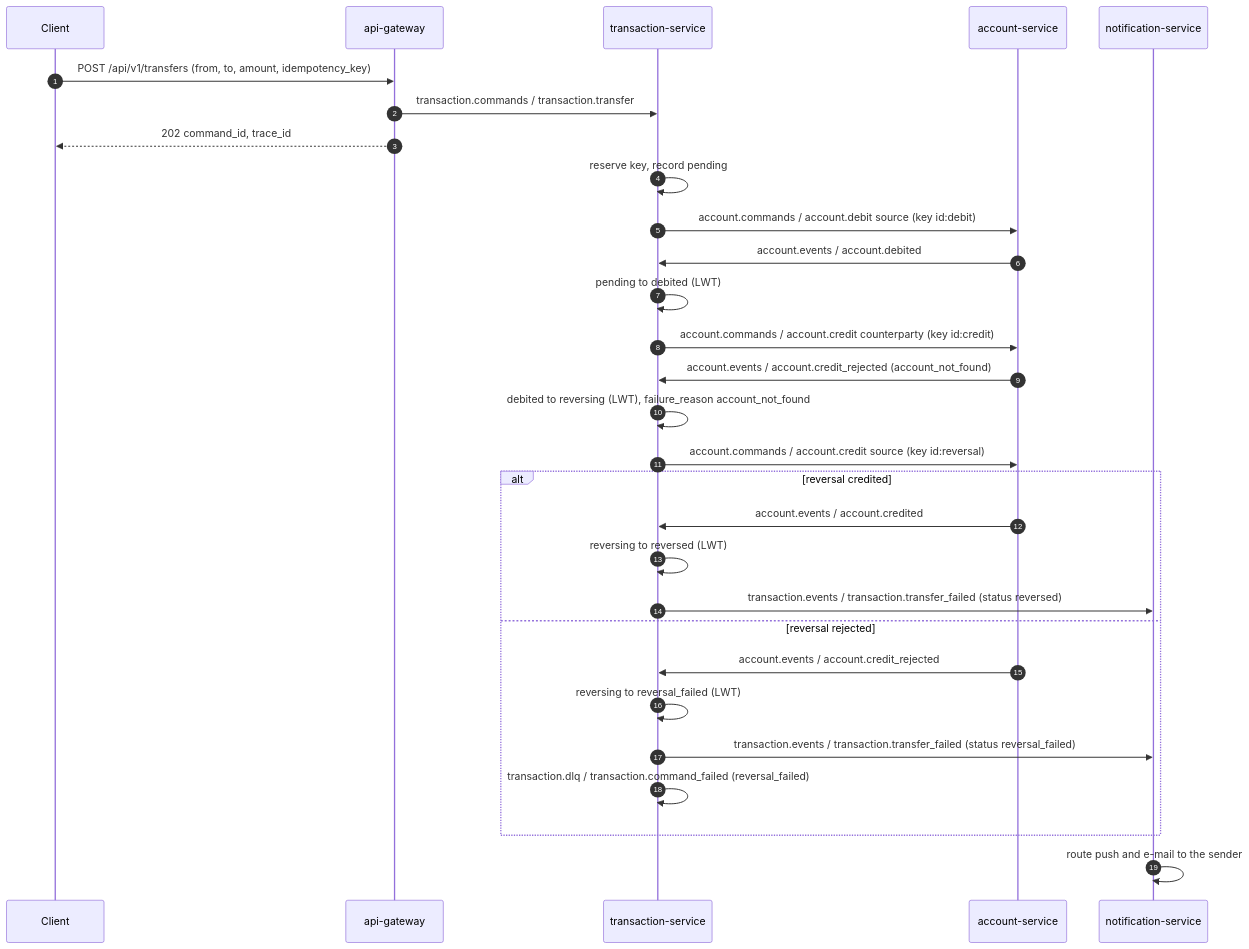
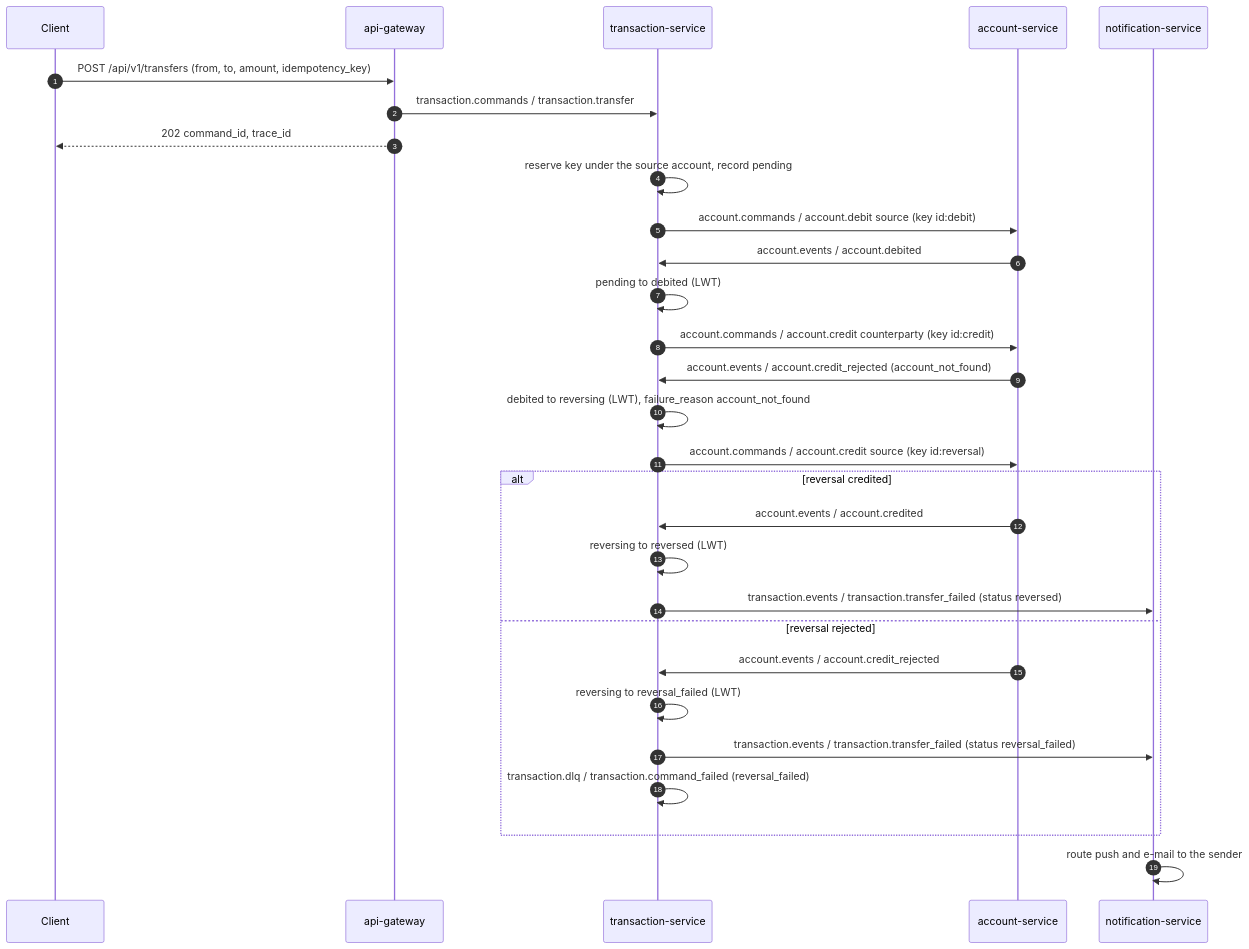
One commit to GabeSilvaDev/fintech-bank-platform changed the third of 6 diagrams in docs/architecture.md. Above: the diagram before and after it, drawn with Mermaid. The commit also changed other lines of this file and 3 other files, not shown here.

````diff
--- a/docs/architecture.md
+++ b/docs/architecture.md
@@ -103,31 +103,31 @@
 ```mermaid
 sequenceDiagram
     autonumber
     participant C as Client
     participant GW as api-gateway
     participant TS as transaction-service
     participant AS as account-service
     participant NS as notification-service
     C->>GW: POST /api/v1/transfers (from, to, amount, idempotency_key)
     GW->>TS: transaction.commands / transaction.transfer
     GW-->>C: 202 command_id, trace_id
-    TS->>TS: reserve key, record pending
+    TS->>TS: reserve key under the source account, record pending
     TS->>AS: account.commands / account.debit source (key id:debit)
     AS->>TS: account.events / account.debited
     TS->>TS: pending to debited (LWT)
     TS->>AS: account.commands / account.credit counterparty (key id:credit)
     AS->>TS: account.events / account.credit_rejected (account_not_found)
     TS->>TS: debited to reversing (LWT), failure_reason account_not_found
     TS->>AS: account.commands / account.credit source (key id:reversal)
     alt reversal credited
         AS->>TS: account.events / account.credited
         TS->>TS: reversing to reversed (LWT)
         TS->>NS: transaction.events / transaction.transfer_failed (status reversed)
     else reversal rejected
         AS->>TS: account.events / account.credit_rejected
         TS->>TS: reversing to reversal_failed (LWT)
         TS->>NS: transaction.events / transaction.transfer_failed (status reversal_failed)
         TS->>TS: transaction.dlq / transaction.command_failed (reversal_failed)
     end
     NS->>NS: route push and e-mail to the sender
 ```
````
